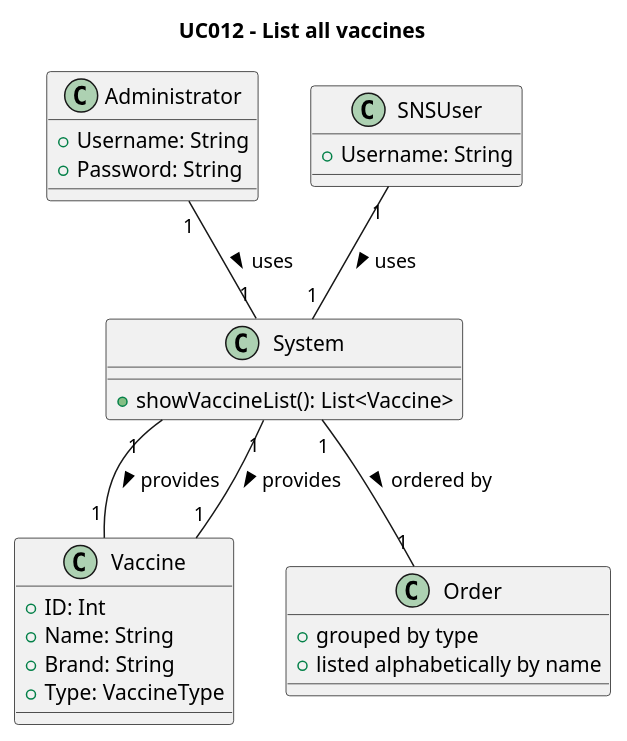
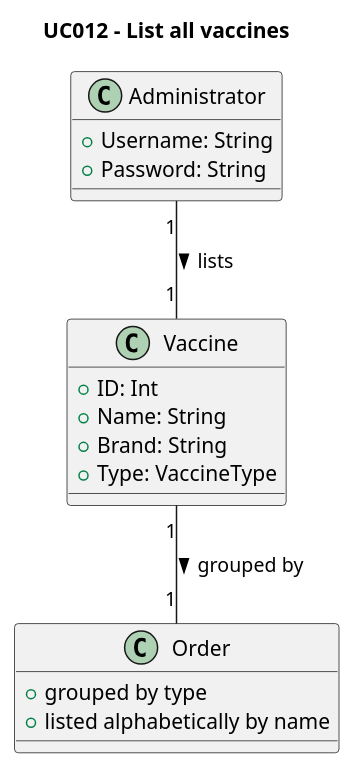
One commit to rafaafig/SnsTrab changed the diagram in sns-base/doc/global/use-cases/UC012/uc-UCD012-DM.puml. Above: the diagram before and after it, drawn with PlantUML. The commit also changed 10 other files, not shown here.

```diff
--- a/sns-base/doc/global/use-cases/UC012/uc-UCD012-DM.puml
+++ b/sns-base/doc/global/use-cases/UC012/uc-UCD012-DM.puml
@@ -1,38 +1,28 @@
 @startuml
 'skinparam monochrome true
 'skinparam shadowing false
 
 title UC012 - List all vaccines
 
 class Administrator {
     +Username: String
     +Password: String
-}
-
-class SNSUser {
-    +Username: String
-}
-
-class System {
-    +showVaccineList(): List<Vaccine>
 }
 
 class Vaccine {
     +ID: Int
     +Name: String
     +Brand: String
     +Type: VaccineType
 }
 
 class Order {
     +  grouped by type
     +  listed alphabetically by name
 }
 
 ' Relationships
-Administrator "1" -- "1" System : uses >
-SNSUser "1" -- "1" System : uses >
-System "1" -- "1" Vaccine : provides >
-System "1" -- "1" Vaccine : provides >
-System "1" -- "1" Order : ordered by >
+Administrator "1" -- "1" Vaccine : lists >
+Vaccine "1" -- "1" Order : grouped by >
+
 @enduml
```
